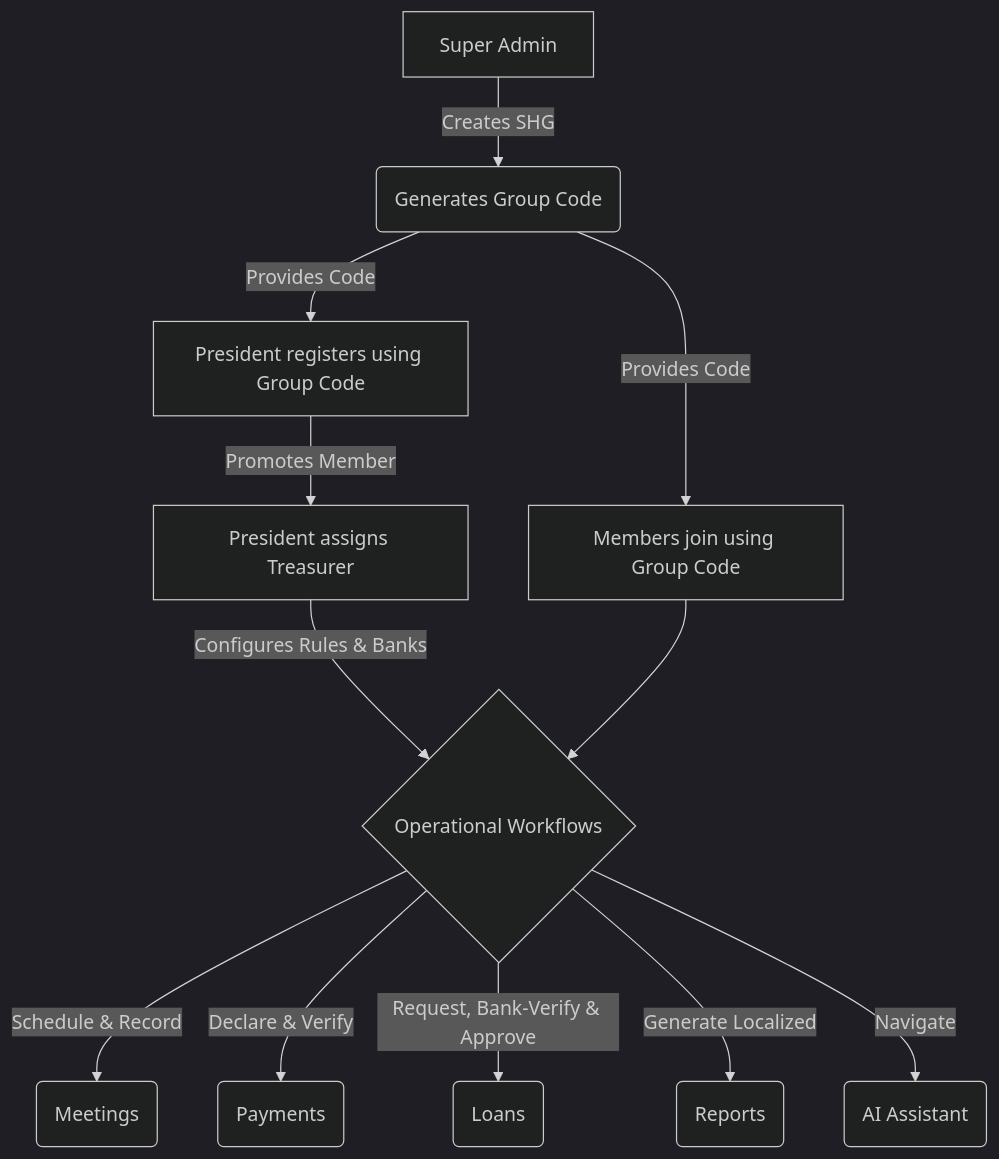
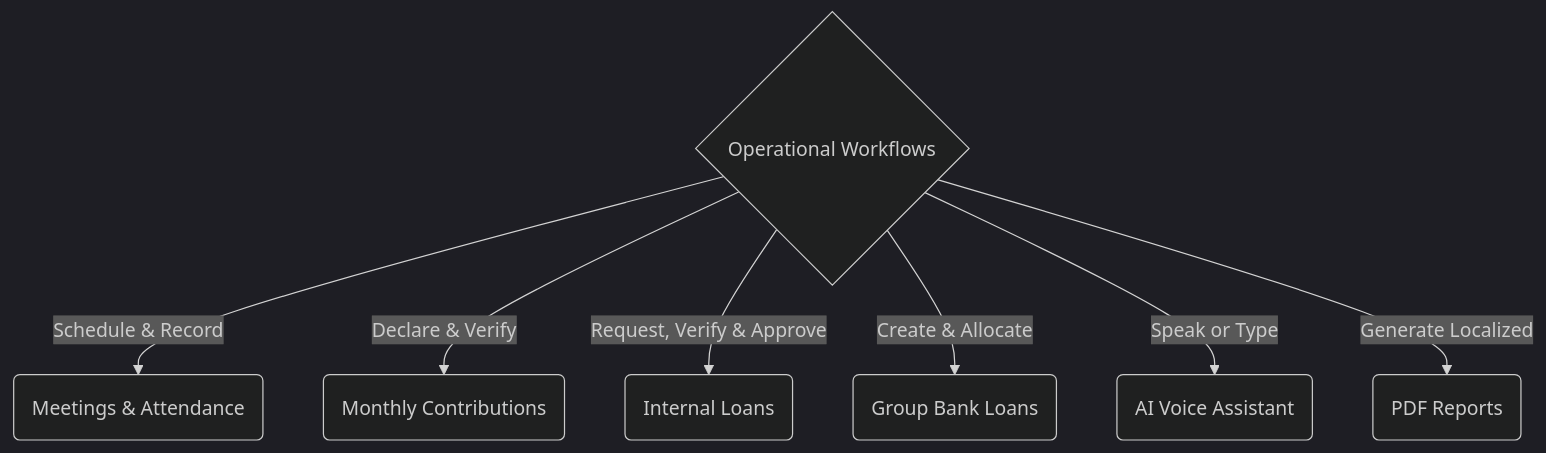
The second of 2 diagrams in README.md (Mohitingale13/SHG-Mobile), drawn with Mermaid (dark theme) before and after one commit. The commit also changed other lines of this file, not shown here.

Commit message:
docs: update README to reflect full feature set, migration window, RBAC table, and cash flow model

````diff
--- a/README.md
+++ b/README.md
@@ -49,14 +123,9 @@
 ```mermaid
 graph TD
-    A[Super Admin] -->|Creates SHG| B(Generates Group Code)
-    B -->|Provides Code| C[President registers using Group Code]
-    B -->|Provides Code| E[Members join using Group Code]
-    C -->|Promotes Member| F[President assigns Treasurer]
-    F -->|Configures Rules & Banks| G{Operational Workflows}
-    E --> G
-    G -->|Schedule & Record| H(Meetings)
-    G -->|Declare & Verify| I(Payments)
-    G -->|Request, Bank-Verify & Approve| J(Loans)
-    G -->|Generate Localized| K(Reports)
-    G -->|Navigate| L(AI Assistant)
+    G{Operational Workflows} -->|Schedule & Record| H(Meetings & Attendance)
+    G -->|Declare & Verify| I(Monthly Contributions)
+    G -->|Request, Verify & Approve| J(Internal Loans)
+    G -->|Create & Allocate| K(Group Bank Loans)
+    G -->|Speak or Type| L(AI Voice Assistant)
+    G -->|Generate Localized| M(PDF Reports)
 ```
````
